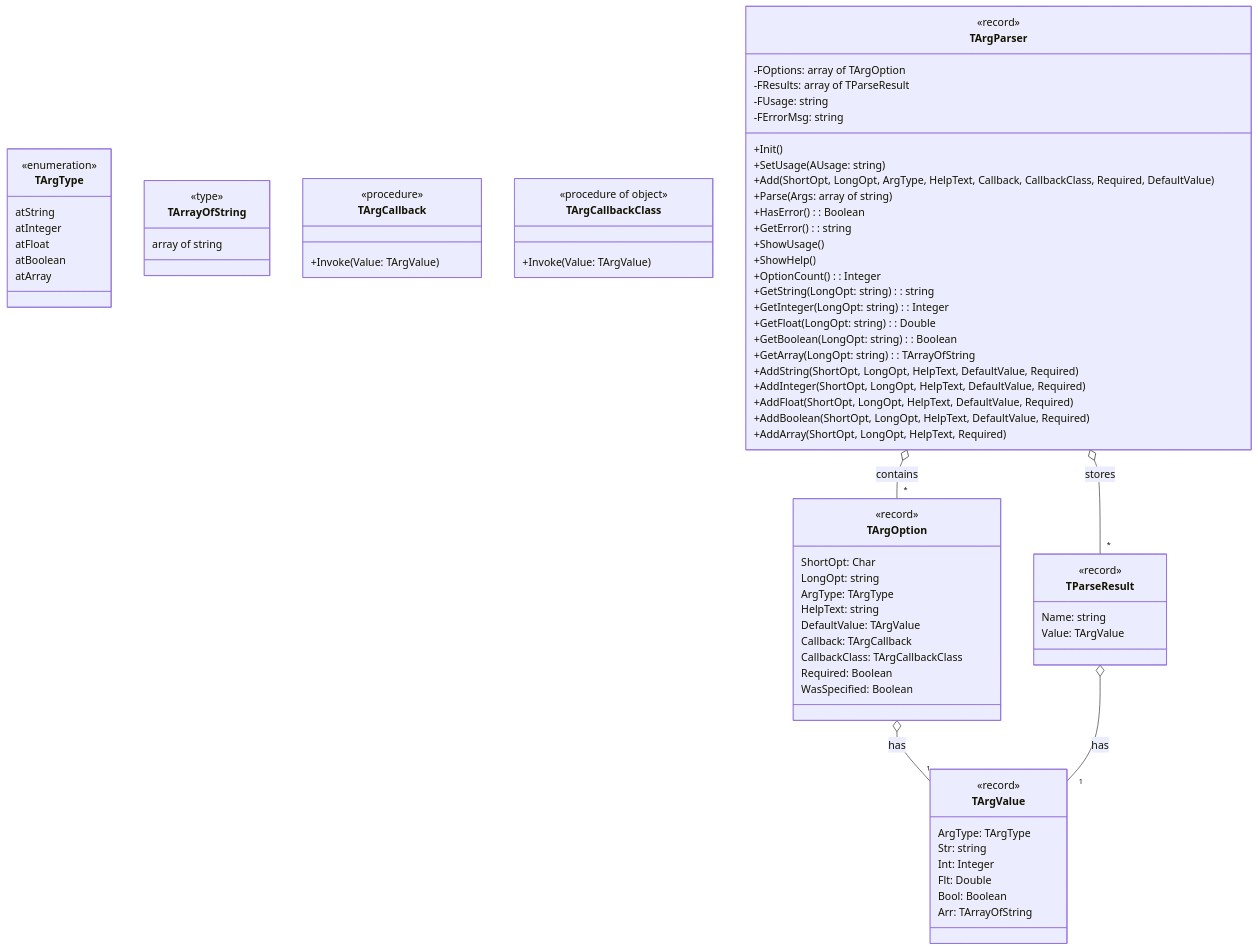
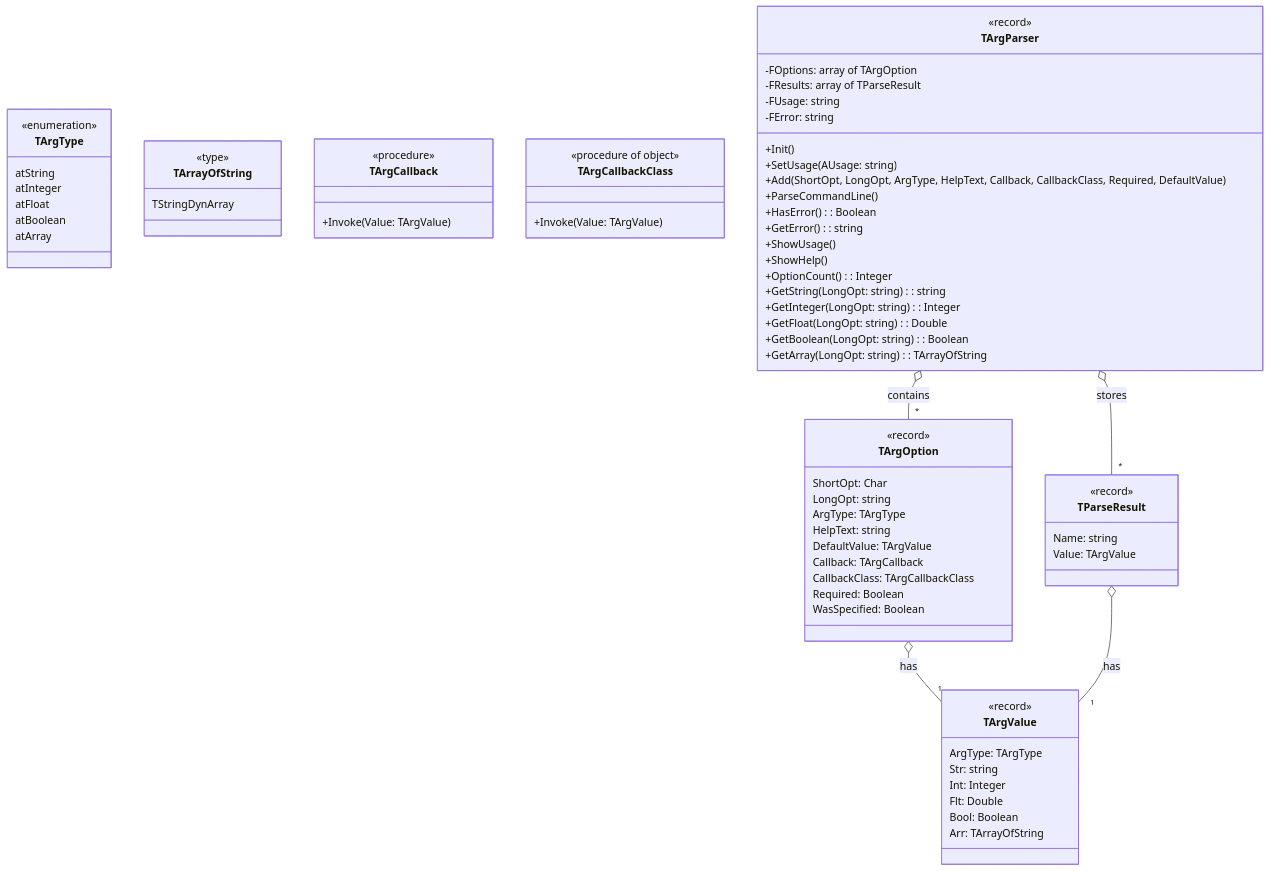
The diagram in docs/ArgParser.md (ikelaiah/argparser-fp), drawn with Mermaid before and after one commit. The commit also changed other lines of this file and 4 other files, not shown here.

````diff
--- a/docs/ArgParser.md
+++ b/docs/ArgParser.md
@@ -266,79 +266,74 @@
 ```mermaid
 classDiagram
     class TArgType {
         <<enumeration>>
         atString
         atInteger
         atFloat
         atBoolean
         atArray
     }
     class TArrayOfString {
         <<type>>
-        array of string
+        TStringDynArray
     }
     class TArgValue {
         <<record>>
         ArgType: TArgType
         Str: string
         Int: Integer
         Flt: Double
         Bool: Boolean
         Arr: TArrayOfString
     }
     class TArgCallback {
         <<procedure>>
         +Invoke(Value: TArgValue)
     }
     class TArgCallbackClass {
         <<procedure of object>>
         +Invoke(Value: TArgValue)
     }
     class TArgOption {
         <<record>>
         ShortOpt: Char
         LongOpt: string
         ArgType: TArgType
         HelpText: string
         DefaultValue: TArgValue
         Callback: TArgCallback
         CallbackClass: TArgCallbackClass
         Required: Boolean
         WasSpecified: Boolean
     }
     class TParseResult {
         <<record>>
         Name: string
         Value: TArgValue
     }
     class TArgParser {
         <<record>>
         -FOptions: array of TArgOption
         -FResults: array of TParseResult
         -FUsage: string
-        -FErrorMsg: string
+        -FError: string
         +Init()
         +SetUsage(AUsage: string)
         +Add(ShortOpt, LongOpt, ArgType, HelpText, Callback, CallbackClass, Required, DefaultValue)
-        +Parse(Args: array of string)
+        +ParseCommandLine()
         +HasError(): Boolean
         +GetError(): string
         +ShowUsage()
         +ShowHelp()
         +OptionCount(): Integer
         +GetString(LongOpt: string): string
         +GetInteger(LongOpt: string): Integer
         +GetFloat(LongOpt: string): Double
         +GetBoolean(LongOpt: string): Boolean
         +GetArray(LongOpt: string): TArrayOfString
-        +AddString(ShortOpt, LongOpt, HelpText, DefaultValue, Required)
-        +AddInteger(ShortOpt, LongOpt, HelpText, DefaultValue, Required)
-        +AddFloat(ShortOpt, LongOpt, HelpText, DefaultValue, Required)
-        +AddBoolean(ShortOpt, LongOpt, HelpText, DefaultValue, Required)
-        +AddArray(ShortOpt, LongOpt, HelpText, Required)
     }
     TArgParser o-- "*" TArgOption : contains
     TArgParser o-- "*" TParseResult : stores
     TArgOption o-- "1" TArgValue : has
     TParseResult o-- "1" TArgValue : has
 ```
````
